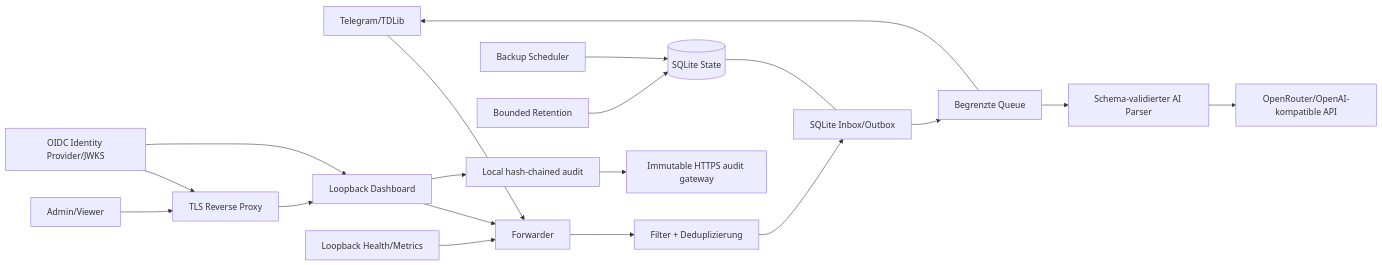
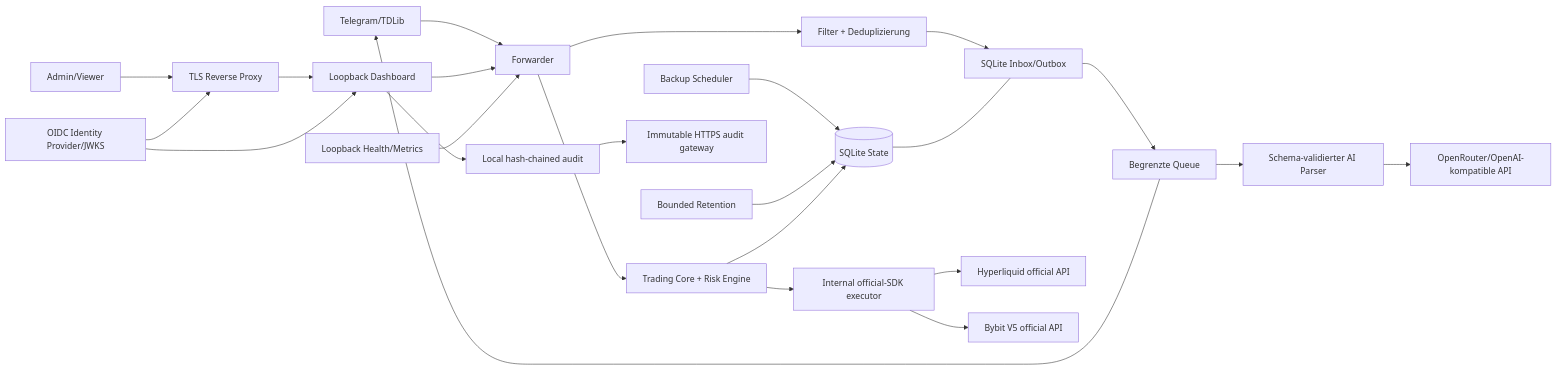
Before and after one commit to 888nikush888/tsx-core: the diagram in docs/ARCHITECTURE.md, drawn with Mermaid. The commit also changed other lines of this file and 31 other files, not shown here.

````diff
--- a/docs/ARCHITECTURE.md
+++ b/docs/ARCHITECTURE.md
@@ -5,21 +5,26 @@
 ```mermaid
 flowchart LR
   TG["Telegram/TDLib"] --> F["Forwarder"]
   F --> FL["Filter + Deduplizierung"]
   FL --> O["SQLite Inbox/Outbox"]
   O --> Q["Begrenzte Queue"]
   Q --> AI["Schema-validierter AI Parser"]
   AI --> OP["OpenRouter/OpenAI-kompatible API"]
   Q --> TG
   DB[("SQLite State")] --- O
   B["Backup Scheduler"] --> DB
   R["Bounded Retention"] --> DB
   W["Loopback Dashboard"] --> F
   M["Loopback Health/Metrics"] --> F
   RP["TLS Reverse Proxy"] --> W
   Admin["Admin/Viewer"] --> RP
   IDP["OIDC Identity Provider/JWKS"] --> RP
   IDP --> W
   W --> AT["Local hash-chained audit"]
   AT --> AG["Immutable HTTPS audit gateway"]
+  F --> TC["Trading Core + Risk Engine"]
+  TC --> DB
+  TC --> EX["Internal official-SDK executor"]
+  EX --> HL["Hyperliquid official API"]
+  EX --> BY["Bybit V5 official API"]
 ```
````
